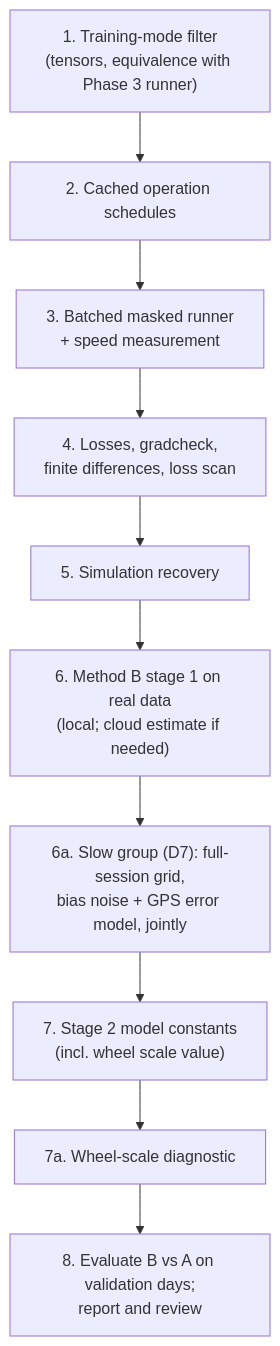
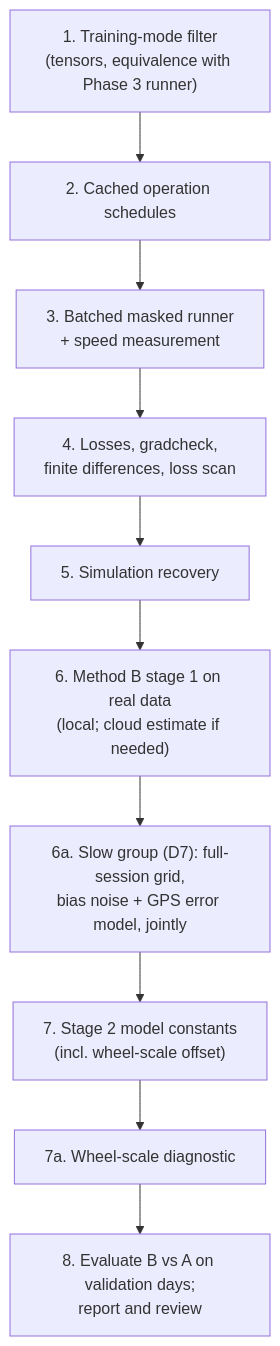
Before and after one commit to JustMohsen/learning-assisted-state-estimation: the diagram in plans/PHASE_4_TRAINING.md, drawn with Mermaid. The commit also changed other lines of this file and 6 other files, not shown here.

````diff
--- a/plans/PHASE_4_TRAINING.md
+++ b/plans/PHASE_4_TRAINING.md
@@ -163,12 +163,12 @@
 ```mermaid
 flowchart TD
     W1["1. Training-mode filter<br/>(tensors, equivalence with Phase 3 runner)"] --> W2["2. Cached operation schedules"]
     W2 --> W3["3. Batched masked runner<br/>+ speed measurement"]
     W3 --> W4["4. Losses, gradcheck,<br/>finite differences, loss scan"]
     W4 --> W5["5. Simulation recovery"]
     W5 --> W6["6. Method B stage 1 on real data<br/>(local; cloud estimate if needed)"]
     W6 --> W6a["6a. Slow group (D7): full-session grid,<br/>bias noise + GPS error model, jointly"]
-    W6a --> W7["7. Stage 2 model constants<br/>(incl. wheel scale value)"]
+    W6a --> W7["7. Stage 2 model constants<br/>(incl. wheel-scale offset)"]
     W7 --> W7a["7a. Wheel-scale diagnostic"]
     W7a --> W8["8. Evaluate B vs A on validation days;<br/>report and review"]
 ```
````
